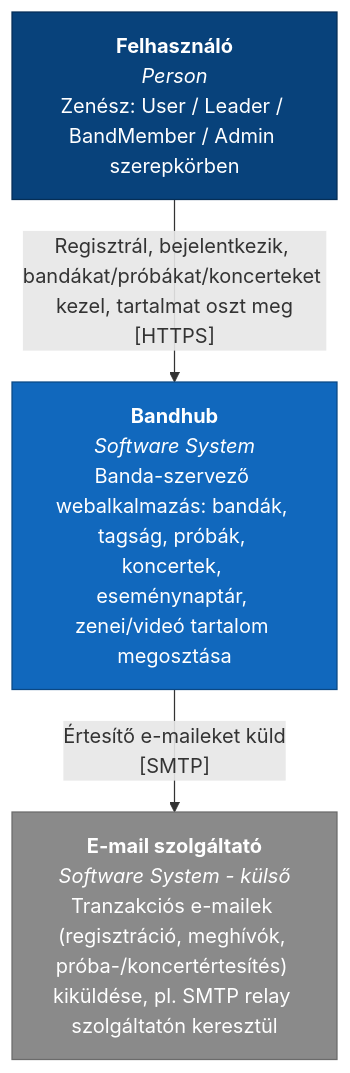
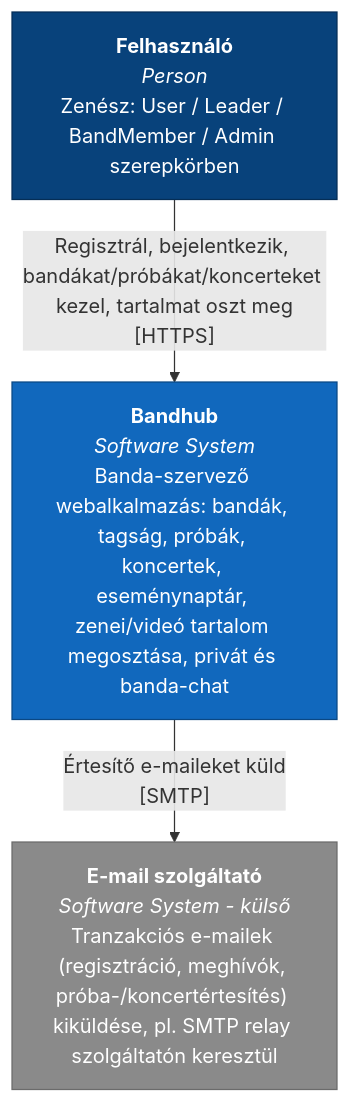
One commit to Kiyo200/BegBand changed the diagram in diagrams/mermaid/Context.md. Above: the diagram before and after it, drawn with Mermaid. The commit also changed 12 other files, not shown here.

````diff
--- a/diagrams/mermaid/Context.md
+++ b/diagrams/mermaid/Context.md
@@ -7,16 +7,16 @@
 ```mermaid
 flowchart TD
     user["<b>Felhasználó</b><br/><i>Person</i><br/>Zenész: User / Leader / BandMember / Admin szerepkörben"]
-    bandhub["<b>Bandhub</b><br/><i>Software System</i><br/>Banda-szervező webalkalmazás: bandák, tagság, próbák, koncertek, eseménynaptár, zenei/videó tartalom megosztása"]
+    bandhub["<b>Bandhub</b><br/><i>Software System</i><br/>Banda-szervező webalkalmazás: bandák, tagság, próbák, koncertek, eseménynaptár, zenei/videó tartalom megosztása, privát és banda-chat"]
     email["<b>E-mail szolgáltató</b><br/><i>Software System - külső</i><br/>Tranzakciós e-mailek (regisztráció, meghívók, próba-/koncertértesítés) kiküldése, pl. SMTP relay szolgáltatón keresztül"]
 
     user -->|"Regisztrál, bejelentkezik, bandákat/próbákat/koncerteket kezel, tartalmat oszt meg<br/>[HTTPS]"| bandhub
     bandhub -->|"Értesítő e-maileket küld<br/>[SMTP]"| email
 
     classDef person fill:#08427B,stroke:#052E56,color:#fff
     classDef system fill:#1168BD,stroke:#0B4884,color:#fff
     classDef external fill:#8A8A8A,stroke:#6B6B6B,color:#fff
     class user person
     class bandhub system
     class email external
 ```
````
